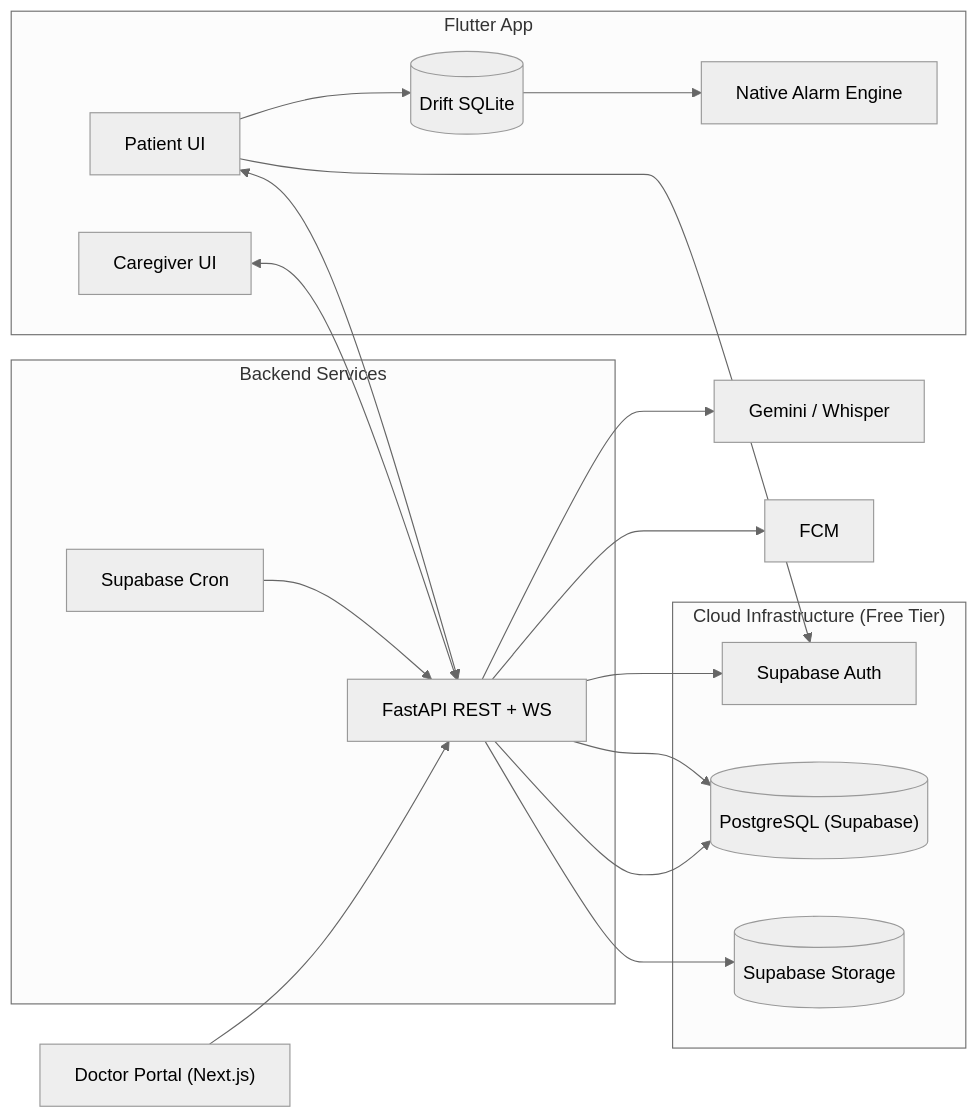
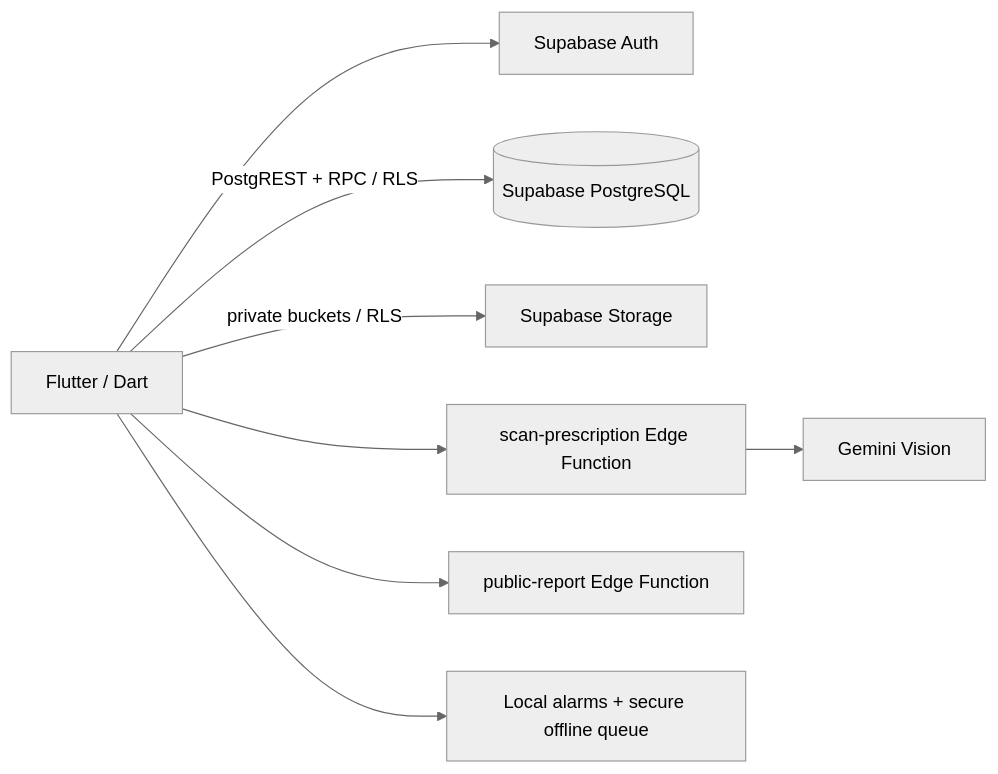
One commit to Youseefee/Medliva changed the first of 2 diagrams in docs/MASTER_PLAN.md. Above: the diagram before and after it, drawn with Mermaid (neutral theme). The commit also changed other lines of this file and 171 other files, not shown here.

First line of the commit message:
feat(supabase,mobile): migrate app data flows to Supabase

````diff
--- a/docs/MASTER_PLAN.md
+++ b/docs/MASTER_PLAN.md
@@ -101,34 +95,10 @@
 ```mermaid
 flowchart LR
-  subgraph Mobile["Flutter App"]
-    P["Patient UI"]
-    C["Caregiver UI"]
-    L[("Drift SQLite")]
-    A["Native Alarm Engine"]
-  end
-  subgraph Server["Backend Services"]
-    API["FastAPI REST + WS"]
-    CRON["Supabase Cron"]
-  end
-  subgraph Cloud["Cloud Infrastructure (Free Tier)"]
-    AUTH["Supabase Auth"]
-    PG[("PostgreSQL (Supabase)")]
-    S3[("Supabase Storage")]
-  end
-  AI["Gemini / Whisper"]
-  FCM["FCM"]
-  DOC["Doctor Portal (Next.js)"]
-
-  P --> L --> A
-  P <--> API
-  C <--> API
-  P --> AUTH
-  API --> AUTH
-  API --> PG
-  API --> S3
-  API --> AI
-  CRON --> API
-  API --> FCM
-  API --> PG
-  DOC --> API
+  App["Flutter / Dart"] --> Auth["Supabase Auth"]
+  App -->|"PostgREST + RPC / RLS"| DB[("Supabase PostgreSQL")]
+  App -->|"private buckets / RLS"| Storage["Supabase Storage"]
+  App --> Scan["scan-prescription Edge Function"]
+  App --> Report["public-report Edge Function"]
+  Scan --> Gemini["Gemini Vision"]
+  App --> Device["Local alarms + secure offline queue"]
 ```
````
